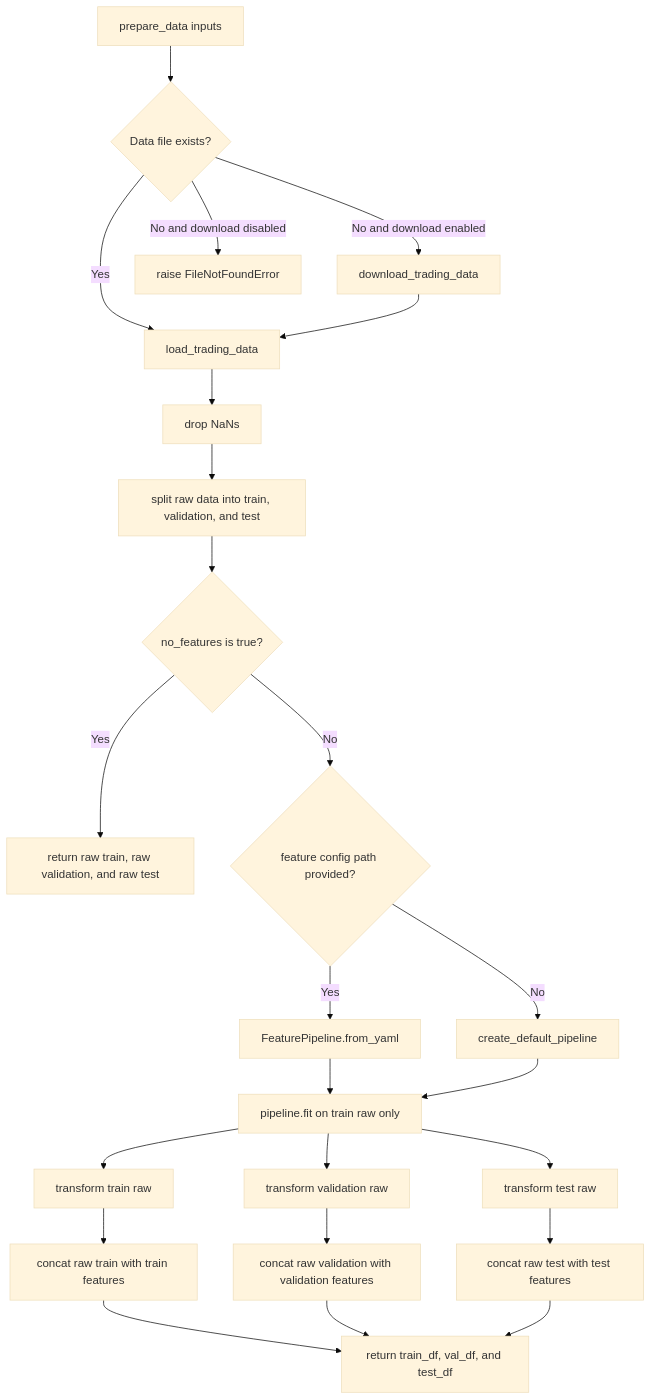
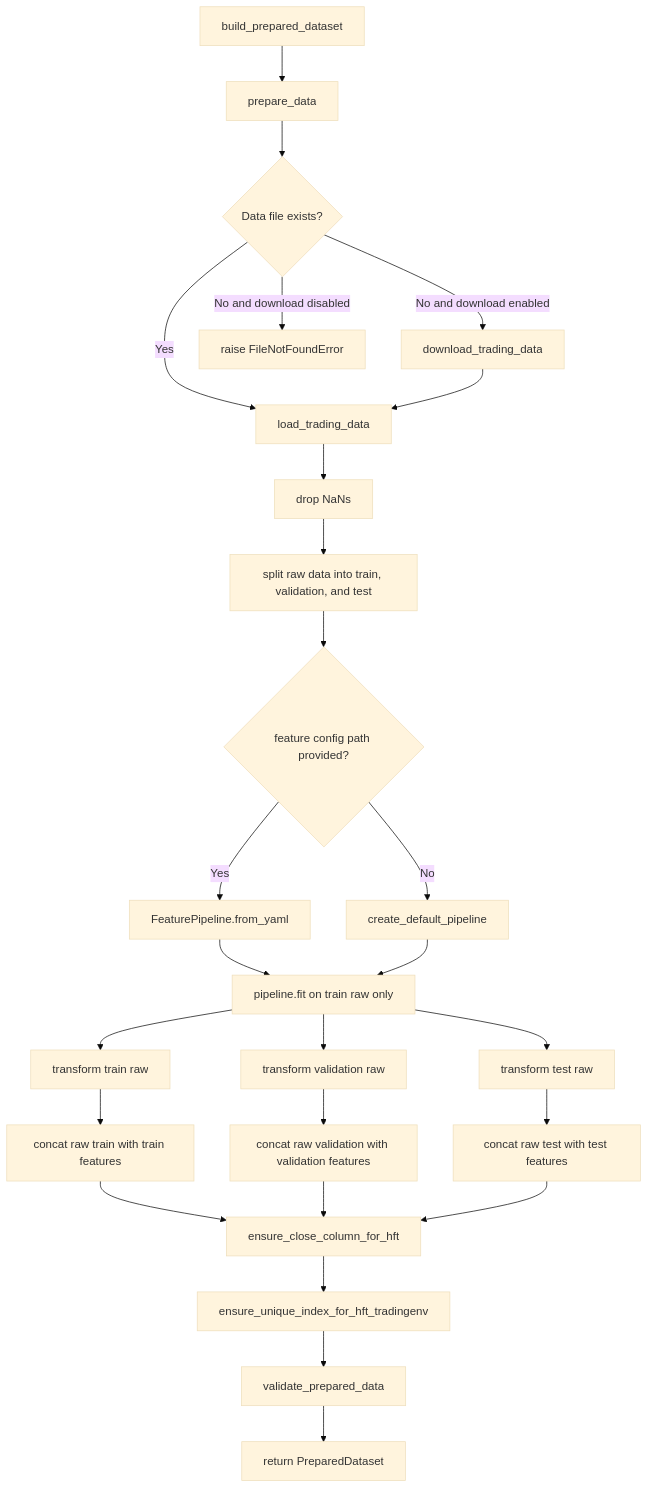
One commit to kwojdalski/masters_thesis changed the diagram in docs/prepare_data.md. Above: the diagram before and after it, drawn with Mermaid (base theme). The commit also changed 3 other files, not shown here.

Commit message:
Update pipeline diagrams after refactor

````diff
--- a/docs/prepare_data.md
+++ b/docs/prepare_data.md
@@ -1,26 +1,28 @@
 ```mermaid
 flowchart TD
-    A["prepare_data inputs"] --> B{"Data file exists?"}
-    B -- "No and download enabled" --> C["download_trading_data"]
-    B -- "No and download disabled" --> D["raise FileNotFoundError"]
-    B -- "Yes" --> E["load_trading_data"]
-    C --> E
-    E --> F["drop NaNs"]
-    F --> G["split raw data into train, validation, and test"]
-    G --> H{"no_features is true?"}
-    H -- "Yes" --> I["return raw train, raw validation, and raw test"]
-    H -- "No" --> J{"feature config path provided?"}
-    J -- "Yes" --> K["FeaturePipeline.from_yaml"]
-    J -- "No" --> L["create_default_pipeline"]
-    K --> M["pipeline.fit on train raw only"]
-    L --> M
-    M --> N["transform train raw"]
-    M --> O["transform validation raw"]
-    M --> P["transform test raw"]
-    N --> Q["concat raw train with train features"]
-    O --> R["concat raw validation with validation features"]
-    P --> S["concat raw test with test features"]
-    Q --> T["return train_df, val_df, and test_df"]
-    R --> T
-    S --> T
+    A["build_prepared_dataset"] --> B["prepare_data"]
+    B --> C{"Data file exists?"}
+    C -- "No and download enabled" --> D["download_trading_data"]
+    C -- "No and download disabled" --> E["raise FileNotFoundError"]
+    C -- "Yes" --> F["load_trading_data"]
+    D --> F
+    F --> G["drop NaNs"]
+    G --> H["split raw data into train, validation, and test"]
+    H --> I{"feature config path provided?"}
+    I -- "Yes" --> J["FeaturePipeline.from_yaml"]
+    I -- "No" --> K["create_default_pipeline"]
+    J --> L["pipeline.fit on train raw only"]
+    K --> L
+    L --> M["transform train raw"]
+    L --> N["transform validation raw"]
+    L --> O["transform test raw"]
+    M --> P["concat raw train with train features"]
+    N --> Q["concat raw validation with validation features"]
+    O --> R["concat raw test with test features"]
+    P --> S["ensure_close_column_for_hft"]
+    Q --> S
+    R --> S
+    S --> T["ensure_unique_index_for_hft_tradingenv"]
+    T --> U["validate_prepared_data"]
+    U --> V["return PreparedDataset"]
 ```
````
